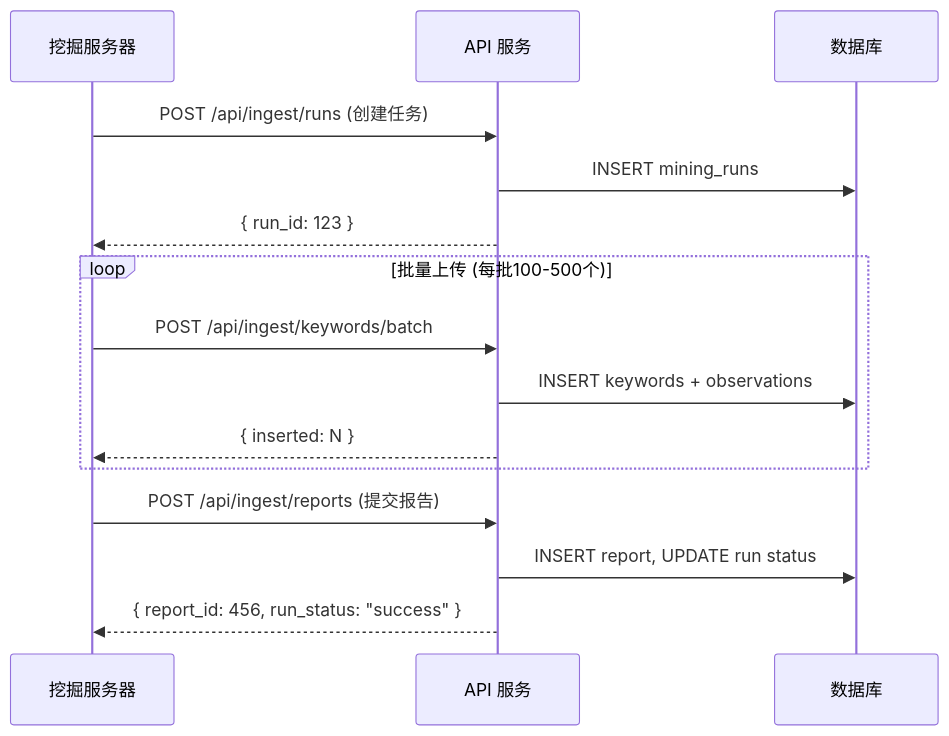
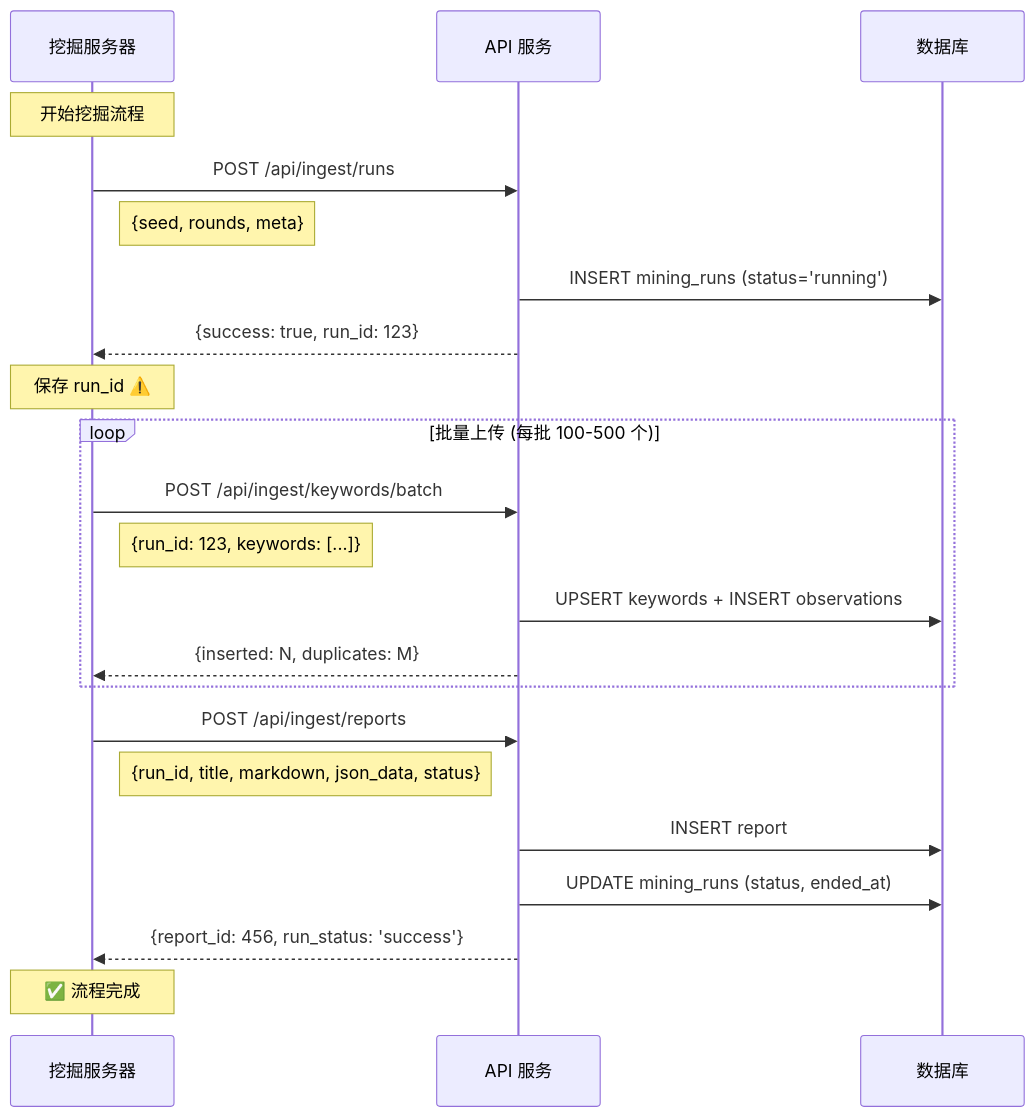
One commit to harveyzhang604/ai-keyworddata changed the diagram in doc/dataapi.md. Above: the diagram before and after it, drawn with Mermaid. The commit also changed other lines of this file, not shown here.

Commit message:
docs: comprehensive audit and fix of API documentation for server AI usage

````diff
--- a/doc/dataapi.md
+++ b/doc/dataapi.md
@@ -530,20 +683,30 @@
 ```mermaid
 sequenceDiagram
     participant Server as 挖掘服务器
     participant API as API 服务
     participant DB as 数据库
 
-    Server->>API: POST /api/ingest/runs (创建任务)
-    API->>DB: INSERT mining_runs
-    API-->>Server: { run_id: 123 }
+    Note over Server: 开始挖掘流程
+    
+    Server->>API: POST /api/ingest/runs
+    Note right of Server: {seed, rounds, meta}
+    API->>DB: INSERT mining_runs (status='running')
+    API-->>Server: {success: true, run_id: 123}
+    
+    Note over Server: 保存 run_id ⚠️
 
-    loop 批量上传 (每批100-500个)
+    loop 批量上传 (每批 100-500 个)
         Server->>API: POST /api/ingest/keywords/batch
-        API->>DB: INSERT keywords + observations
-        API-->>Server: { inserted: N }
+        Note right of Server: {run_id: 123, keywords: [...]}
+        API->>DB: UPSERT keywords + INSERT observations
+        API-->>Server: {inserted: N, duplicates: M}
     end
 
-    Server->>API: POST /api/ingest/reports (提交报告)
-    API->>DB: INSERT report, UPDATE run status
-    API-->>Server: { report_id: 456, run_status: "success" }
+    Server->>API: POST /api/ingest/reports
+    Note right of Server: {run_id, title, markdown, json_data, status}
+    API->>DB: INSERT report
+    API->>DB: UPDATE mining_runs (status, ended_at)
+    API-->>Server: {report_id: 456, run_status: 'success'}
+    
+    Note over Server: ✅ 流程完成
 ```
````
